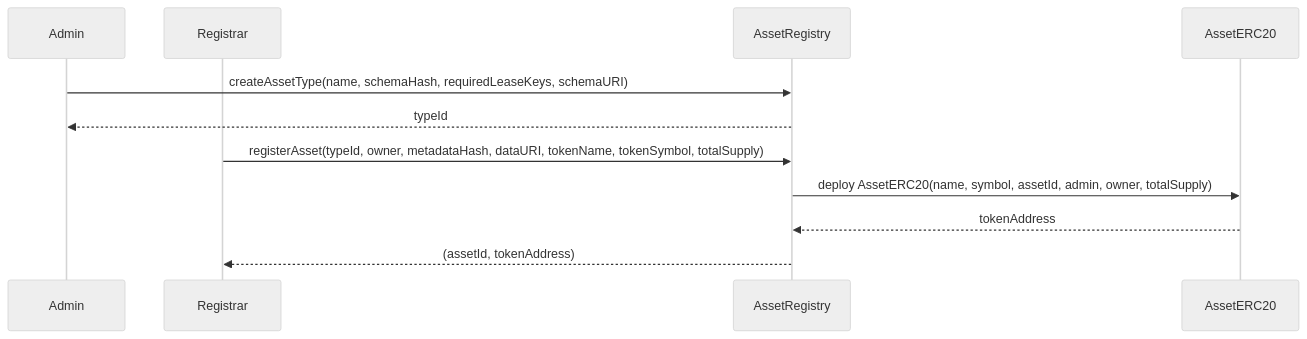
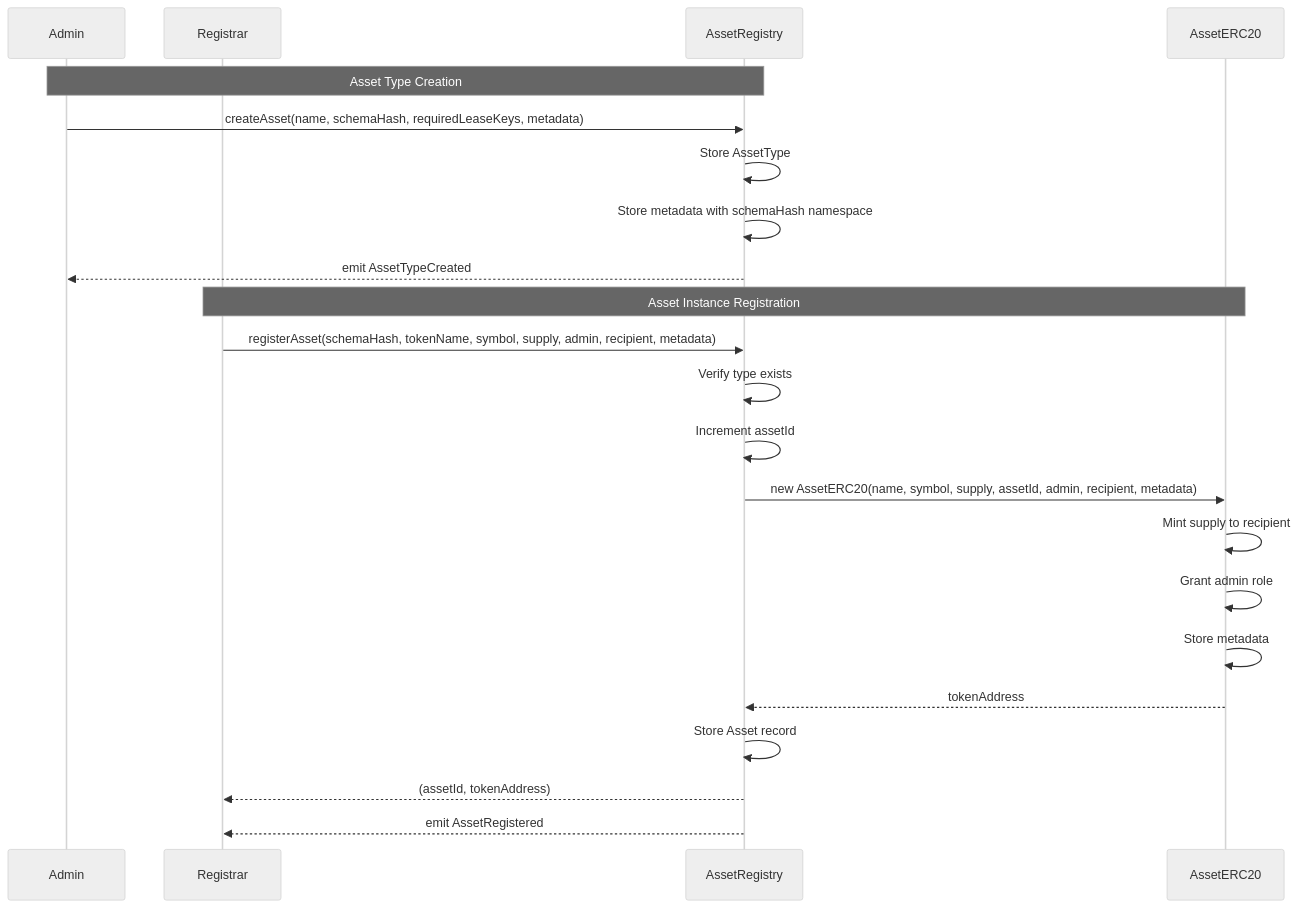
Before and after one commit to faas-tech/space-markets: the first of 3 diagrams in docs/contract-specific/AssetRegistry.md, drawn with Mermaid (neutral theme). The commit also changed other lines of this file and 14 other files, not shown here.

````diff
--- a/docs/contract-specific/AssetRegistry.md
+++ b/docs/contract-specific/AssetRegistry.md
@@ -36,15 +153,26 @@
 ```mermaid
 sequenceDiagram
-  participant Admin
-  participant Registrar
-  participant Registry as AssetRegistry
-  participant Token as AssetERC20
+    participant Admin
+    participant Registrar
+    participant Registry as AssetRegistry
+    participant Token as AssetERC20
 
-  Admin->>Registry: createAssetType(name, schemaHash, requiredLeaseKeys, schemaURI)
-  Registry-->>Admin: typeId
+    Note over Admin, Registry: Asset Type Creation
+    Admin->>Registry: createAsset(name, schemaHash, requiredLeaseKeys, metadata)
+    Registry->>Registry: Store AssetType
+    Registry->>Registry: Store metadata with schemaHash namespace
+    Registry-->>Admin: emit AssetTypeCreated
 
-  Registrar->>Registry: registerAsset(typeId, owner, metadataHash, dataURI, tokenName, tokenSymbol, totalSupply)
-  Registry->>Token: deploy AssetERC20(name, symbol, assetId, admin, owner, totalSupply)
-  Token-->>Registry: tokenAddress
-  Registry-->>Registrar: (assetId, tokenAddress)
+    Note over Registrar, Token: Asset Instance Registration
+    Registrar->>Registry: registerAsset(schemaHash, tokenName, symbol, supply, admin, recipient, metadata)
+    Registry->>Registry: Verify type exists
+    Registry->>Registry: Increment assetId
+    Registry->>Token: new AssetERC20(name, symbol, supply, assetId, admin, recipient, metadata)
+    Token->>Token: Mint supply to recipient
+    Token->>Token: Grant admin role
+    Token->>Token: Store metadata
+    Token-->>Registry: tokenAddress
+    Registry->>Registry: Store Asset record
+    Registry-->>Registrar: (assetId, tokenAddress)
+    Registry-->>Registrar: emit AssetRegistered
 ```
````
